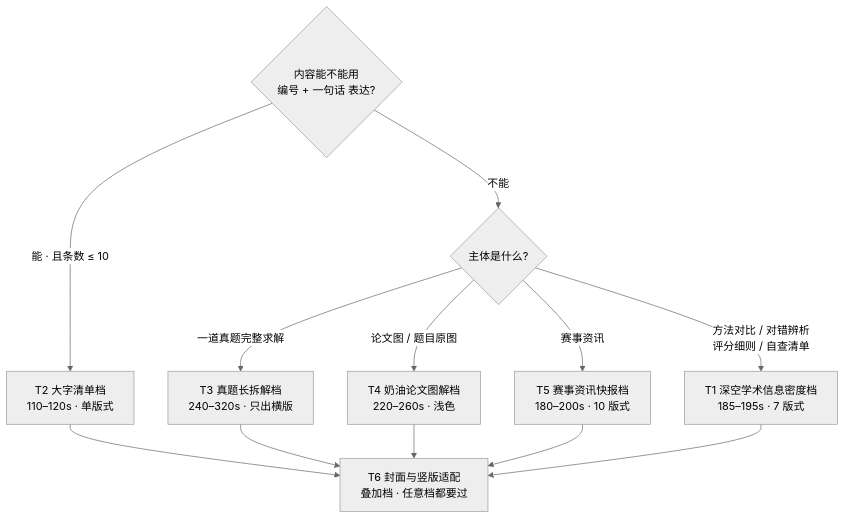
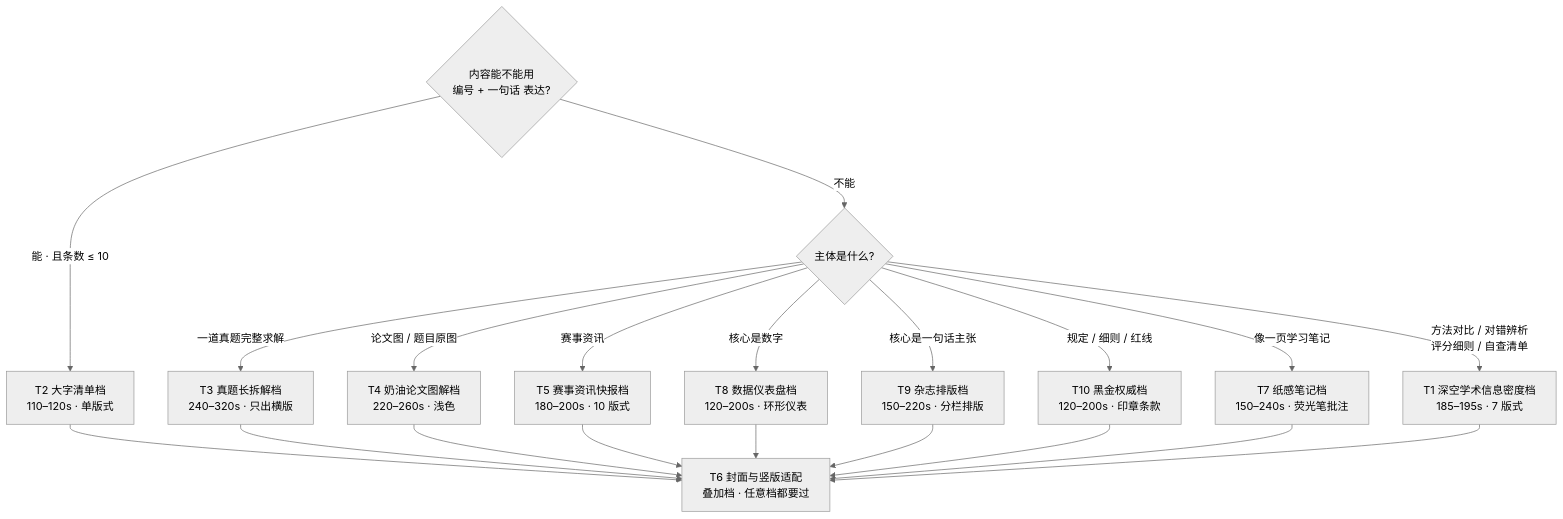
Before and after one commit to SpenBug/mcm-video-pipeline: the third of 6 diagrams in README.md, drawn with Mermaid (neutral theme). The commit also changed other lines of this file and 17 other files, not shown here.

````diff
--- a/README.md
+++ b/README.md
@@ -309,17 +341,25 @@
 ```mermaid
 flowchart TD
     Q0{"内容能不能用<br/>编号 + 一句话 表达?"}
     Q0 -->|"能 · 且条数 ≤ 10"| T2["T2 大字清单档<br/>110–120s · 单版式"]
     Q0 -->|"不能"| Q1{"主体是什么?"}
 
     Q1 -->|"一道真题完整求解"| T3["T3 真题长拆解档<br/>240–320s · 只出横版"]
     Q1 -->|"论文图 / 题目原图"| T4["T4 奶油论文图解档<br/>220–260s · 浅色"]
     Q1 -->|"赛事资讯"| T5["T5 赛事资讯快报档<br/>180–200s · 10 版式"]
+    Q1 -->|"核心是数字"| T8["T8 数据仪表盘档<br/>120–200s · 环形仪表"]
+    Q1 -->|"核心是一句话主张"| T9["T9 杂志排版档<br/>150–220s · 分栏排版"]
+    Q1 -->|"规定 / 细则 / 红线"| T10["T10 黑金权威档<br/>120–200s · 印章条款"]
+    Q1 -->|"像一页学习笔记"| T7["T7 纸感笔记档<br/>150–240s · 荧光笔批注"]
     Q1 -->|"方法对比 / 对错辨析<br/>评分细则 / 自查清单"| T1["T1 深空学术信息密度档<br/>185–195s · 7 版式"]
 
     T1 --> T6["T6 封面与竖版适配<br/>叠加档 · 任意档都要过"]
     T2 --> T6
     T3 --> T6
     T4 --> T6
     T5 --> T6
+    T7 --> T6
+    T8 --> T6
+    T9 --> T6
+    T10 --> T6
 ```
````
